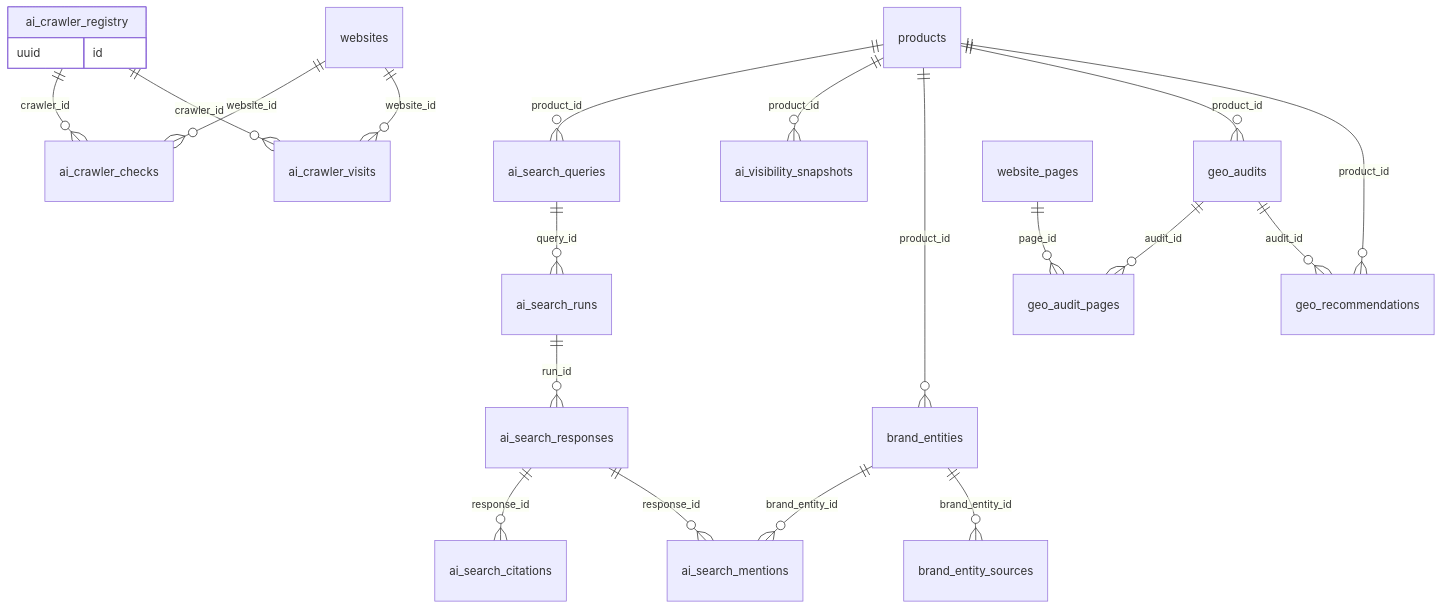
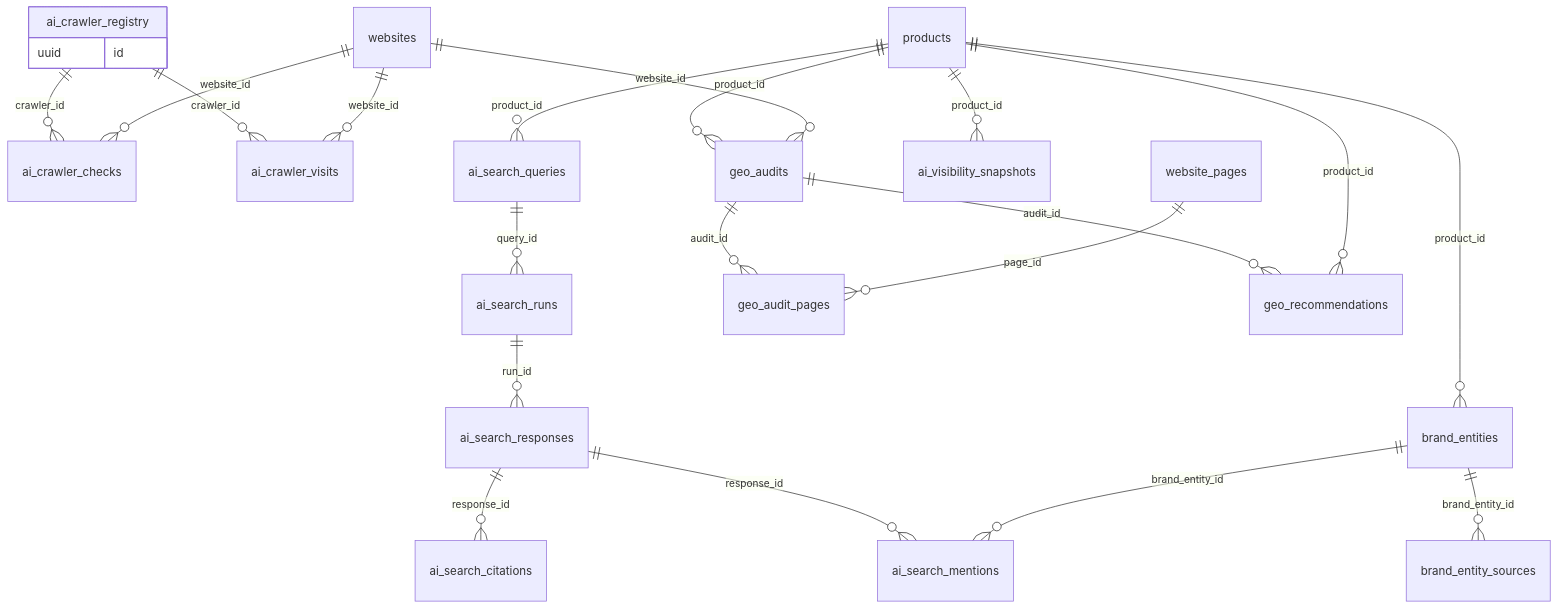
Diagram 13 of 21 in docs/database/ERD.md (yassineelhif5-pixel/Grouth-IA), drawn with Mermaid before and after one commit. The commit also changed other lines of this file and 35 other files, not shown here.

First line of the commit message:
feat(database): PROMPT 2 additive schema — 291 tables, run tables, business roles, WhatsApp, page builder, growth policies, AI routing

````diff
--- a/docs/database/ERD.md
+++ b/docs/database/ERD.md
@@ -265,22 +272,23 @@
 ```mermaid
 erDiagram
     ai_crawler_registry { uuid id }
     ai_crawler_registry ||--o{ ai_crawler_checks : crawler_id
     ai_crawler_registry ||--o{ ai_crawler_visits : crawler_id
     ai_search_queries ||--o{ ai_search_runs : query_id
     ai_search_responses ||--o{ ai_search_citations : response_id
     ai_search_responses ||--o{ ai_search_mentions : response_id
     ai_search_runs ||--o{ ai_search_responses : run_id
     brand_entities ||--o{ ai_search_mentions : brand_entity_id
     brand_entities ||--o{ brand_entity_sources : brand_entity_id
     geo_audits ||--o{ geo_audit_pages : audit_id
     geo_audits ||--o{ geo_recommendations : audit_id
     products ||--o{ ai_search_queries : product_id
     products ||--o{ ai_visibility_snapshots : product_id
     products ||--o{ brand_entities : product_id
     products ||--o{ geo_audits : product_id
     products ||--o{ geo_recommendations : product_id
     website_pages ||--o{ geo_audit_pages : page_id
     websites ||--o{ ai_crawler_checks : website_id
     websites ||--o{ ai_crawler_visits : website_id
+    websites ||--o{ geo_audits : website_id
 ```
````
